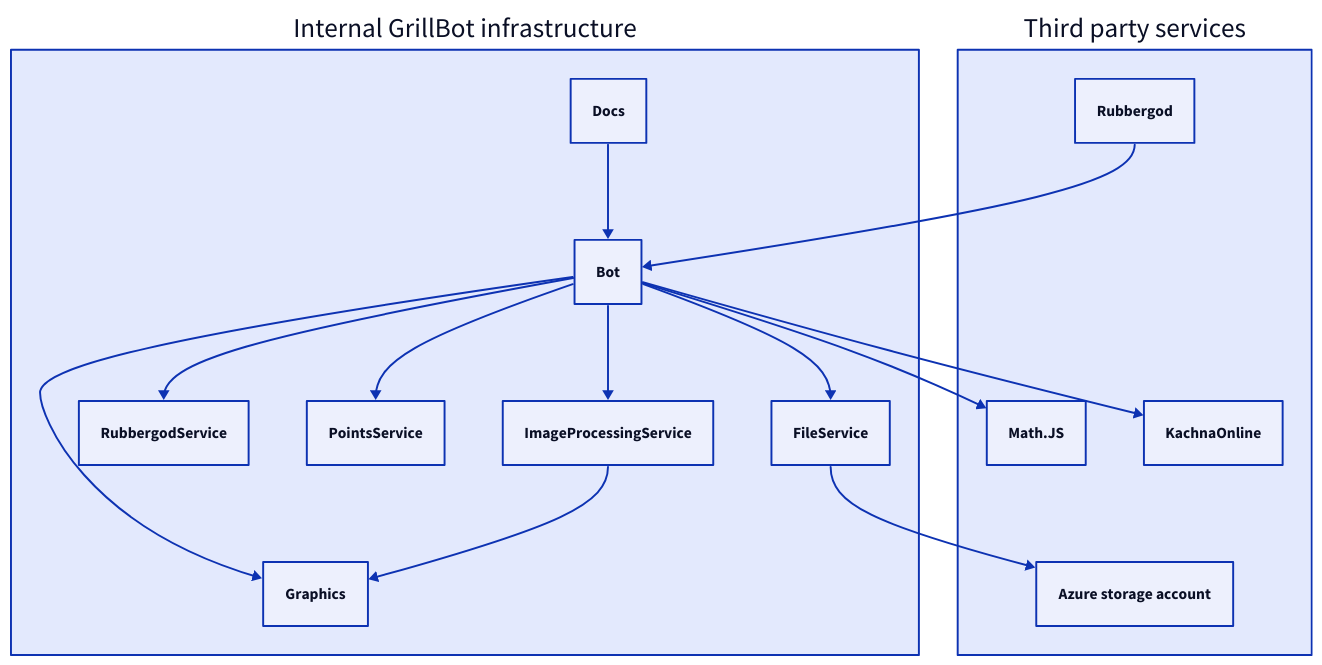
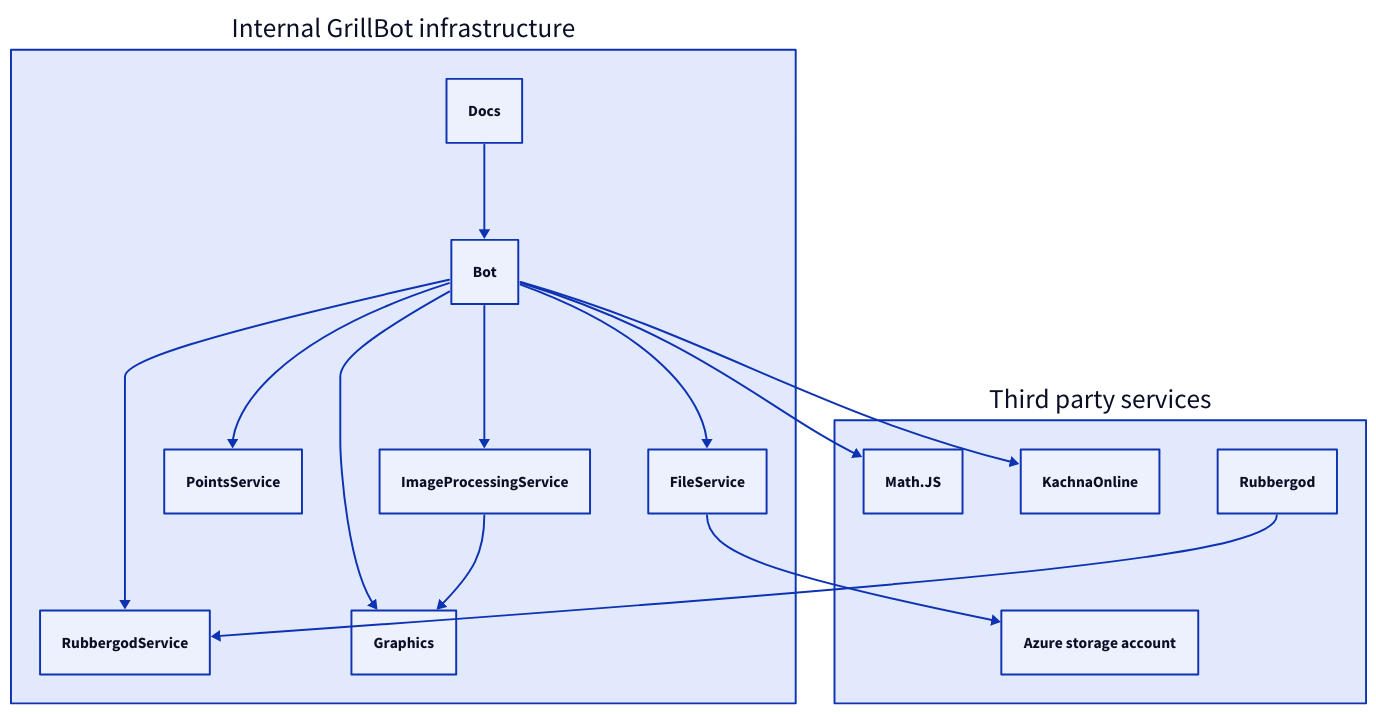
One commit to GrillBot/grillbot-docs changed the diagram in data/communication.d2. Above: the diagram before and after it, drawn with D2. The commit also changed 6 other files, not shown here.

```diff
--- a/data/communication.d2
+++ b/data/communication.d2
@@ -1,13 +1,13 @@
 Internal GrillBot infrastructure.Bot -> Third party services.Math\.JS
 Internal GrillBot infrastructure.Bot -> Third party services.KachnaOnline
 
-Third party services.Rubbergod -> Internal GrillBot infrastructure.Bot
+Third party services.Rubbergod -> Internal GrillBot infrastructure.RubbergodService
 Internal GrillBot infrastructure.FileService -> Third party services.Azure storage account
 
 Internal GrillBot infrastructure.Docs -> Internal GrillBot infrastructure.Bot
 Internal GrillBot infrastructure.Bot -> Internal GrillBot infrastructure.Graphics
 Internal GrillBot infrastructure.Bot -> Internal GrillBot infrastructure.RubbergodService
 Internal GrillBot infrastructure.Bot -> Internal GrillBot infrastructure.PointsService
 Internal GrillBot infrastructure.Bot -> Internal GrillBot infrastructure.FileService
 Internal GrillBot infrastructure.Bot -> Internal GrillBot infrastructure.ImageProcessingService
 Internal GrillBot infrastructure.ImageProcessingService -> Internal GrillBot infrastructure.Graphics
```
